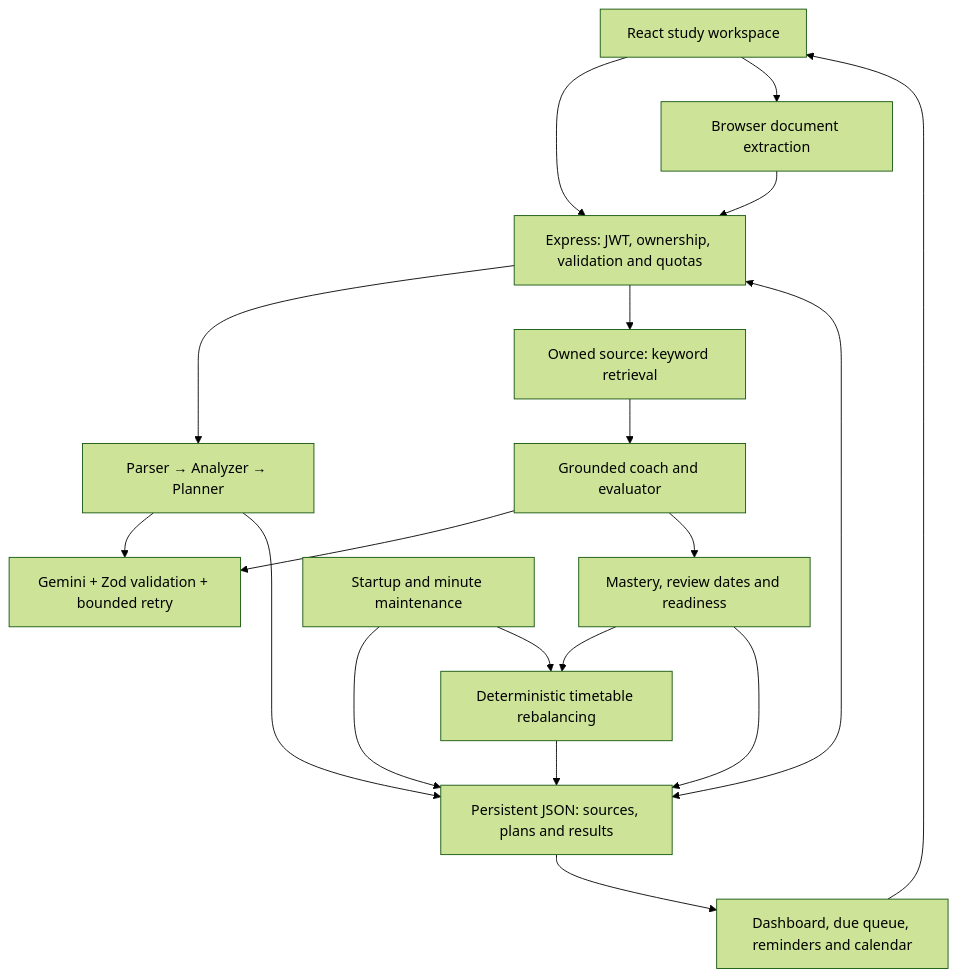
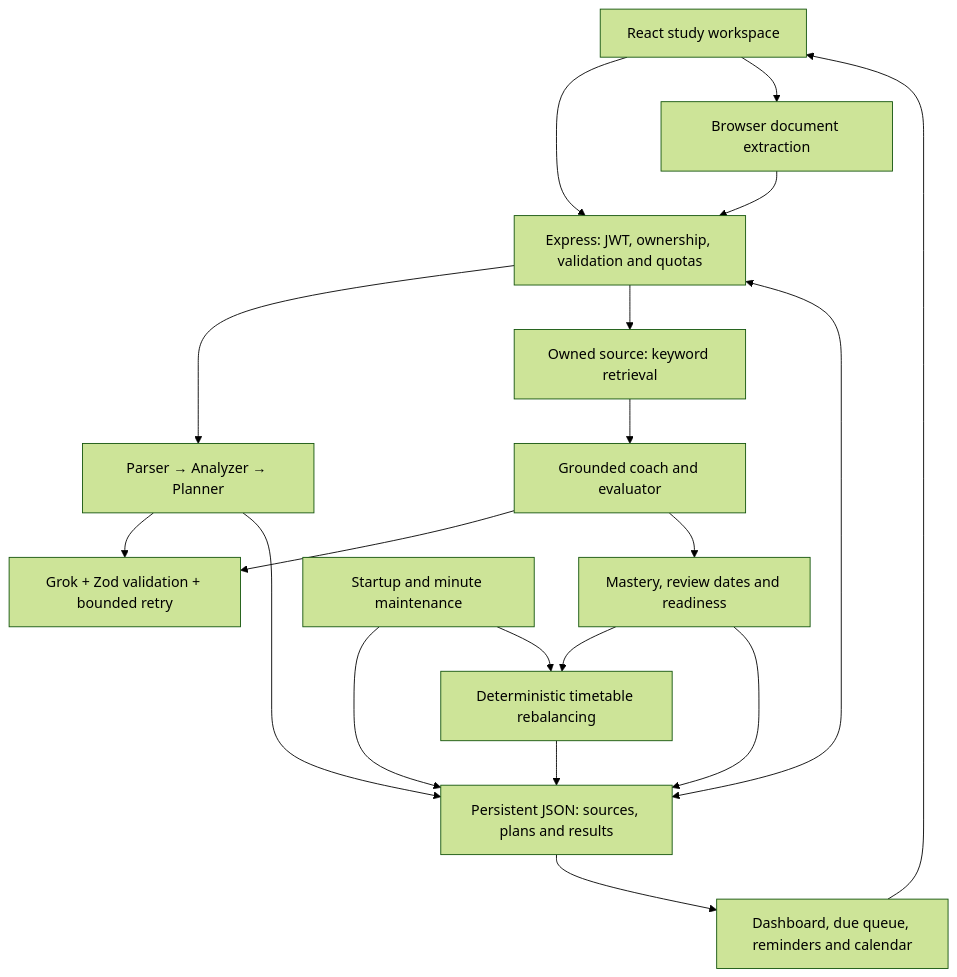
The diagram in README.md (satya-sri-karri/StudySniper_Internship), drawn with Mermaid (forest theme) before and after one commit. The commit also changed other lines of this file and 21 other files, not shown here.

````diff
--- a/README.md
+++ b/README.md
@@ -33,21 +33,21 @@
 ```mermaid
 flowchart TD
   UI["React study workspace"] --> API["Express: JWT, ownership, validation and quotas"]
   UI --> Extract["Browser document extraction"]
   Extract --> API
   API --> Agents["Parser → Analyzer → Planner"]
   API --> Retrieve["Owned source: keyword retrieval"]
   Retrieve --> Coach["Grounded coach and evaluator"]
-  Agents --> LLM["Gemini + Zod validation + bounded retry"]
+  Agents --> LLM["Grok + Zod validation + bounded retry"]
   Coach --> LLM
   Agents --> DB["Persistent JSON: sources, plans and results"]
   Coach --> Learn["Mastery, review dates and readiness"]
   Learn --> Replan["Deterministic timetable rebalancing"]
   Replan --> DB
   Learn --> DB
   API <--> DB
   Worker["Startup and minute maintenance"] --> DB
   Worker --> Replan
   DB --> Output["Dashboard, due queue, reminders and calendar"]
   Output --> UI
 ```
````
